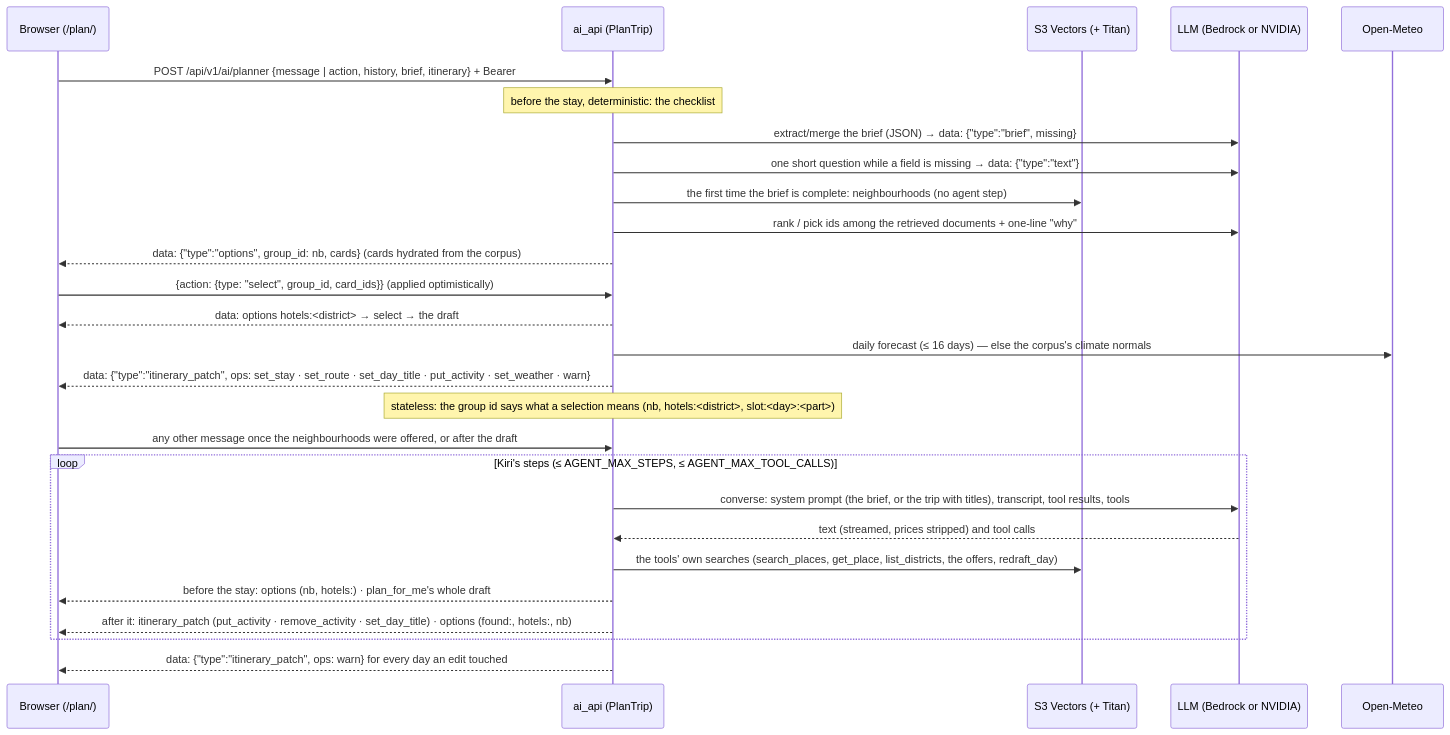
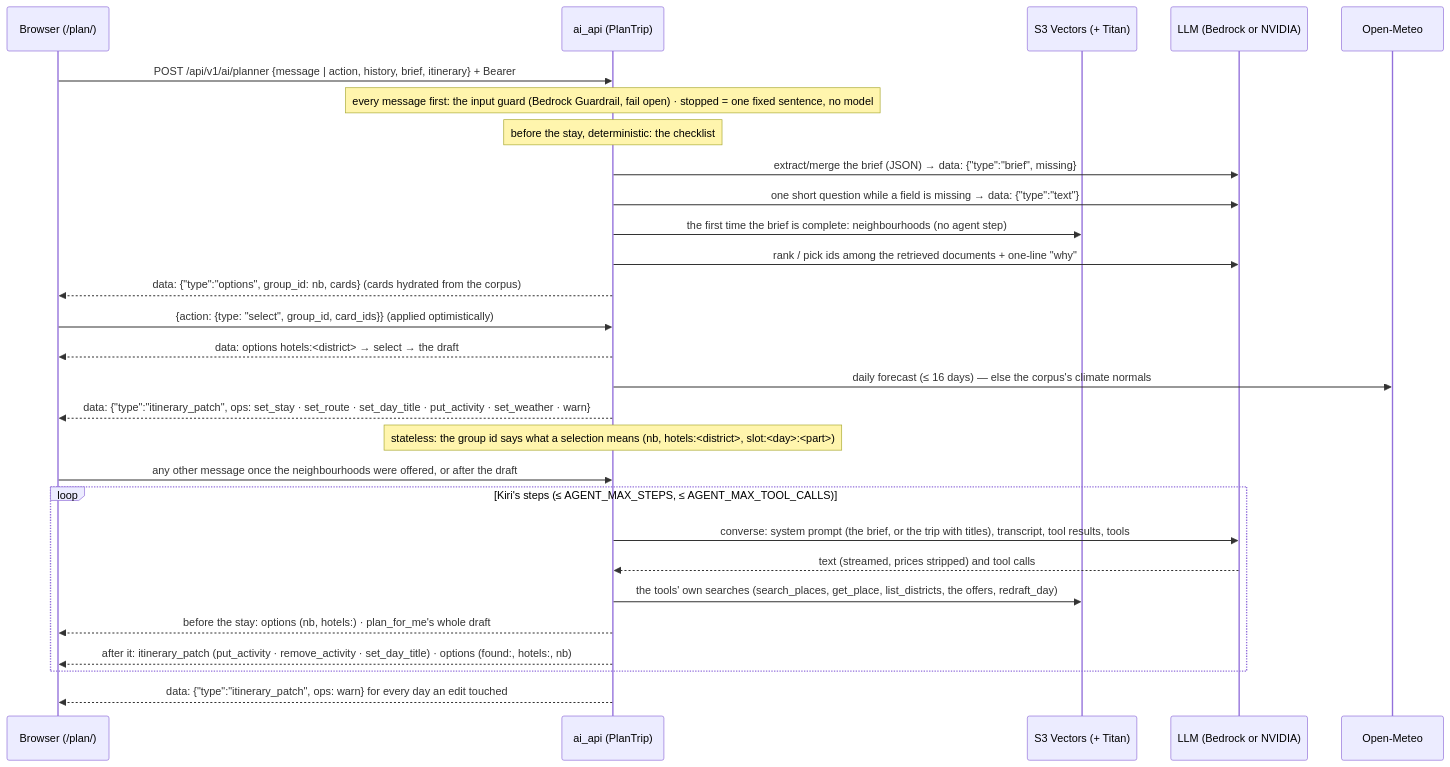
The fourth of 4 diagrams in docs/architecture/overview.md (Joakamakaka1/travel-ai-world), drawn with Mermaid before and after one commit. The commit also changed other lines of this file and 30 other files, not shown here.

First line of the commit message:
feat(ai_api): planner guardrails: Bedrock Guardrail on input, untrusted_text, safety scenarios (TRA-292) (#252)

````diff
--- a/docs/architecture/overview.md
+++ b/docs/architecture/overview.md
@@ -157,29 +157,30 @@
 ```mermaid
 sequenceDiagram
     participant B as Browser (/plan/)
     participant A as ai_api (PlanTrip)
     participant V as S3 Vectors (+ Titan)
     participant N as LLM (Bedrock or NVIDIA)
     participant W as Open-Meteo
     B->>A: POST /api/v1/ai/planner {message | action, history, brief, itinerary} + Bearer
+    Note over A: every message first: the input guard (Bedrock Guardrail, fail open) · stopped = one fixed sentence, no model
     Note over A: before the stay, deterministic: the checklist
     A->>N: extract/merge the brief (JSON) → data: {"type":"brief", missing}
     A->>N: one short question while a field is missing → data: {"type":"text"}
     A->>V: the first time the brief is complete: neighbourhoods (no agent step)
     A->>N: rank / pick ids among the retrieved documents + one-line "why"
     A-->>B: data: {"type":"options", group_id: nb, cards} (cards hydrated from the corpus)
     B->>A: {action: {type: "select", group_id, card_ids}} (applied optimistically)
     A-->>B: data: options hotels:<district> → select → the draft
     A->>W: daily forecast (≤ 16 days) — else the corpus's climate normals
     A-->>B: data: {"type":"itinerary_patch", ops: set_stay · set_route · set_day_title · put_activity · set_weather · warn}
     Note over A: stateless: the group id says what a selection means (nb, hotels:<district>, slot:<day>:<part>)
     B->>A: any other message once the neighbourhoods were offered, or after the draft
     loop Kiri's steps (≤ AGENT_MAX_STEPS, ≤ AGENT_MAX_TOOL_CALLS)
         A->>N: converse: system prompt (the brief, or the trip with titles), transcript, tool results, tools
         N-->>A: text (streamed, prices stripped) and tool calls
         A->>V: the tools' own searches (search_places, get_place, list_districts, the offers, redraft_day)
         A-->>B: before the stay: options (nb, hotels:) · plan_for_me's whole draft
         A-->>B: after it: itinerary_patch (put_activity · remove_activity · set_day_title) · options (found:, hotels:, nb)
     end
     A-->>B: data: {"type":"itinerary_patch", ops: warn} for every day an edit touched
 ```
````
